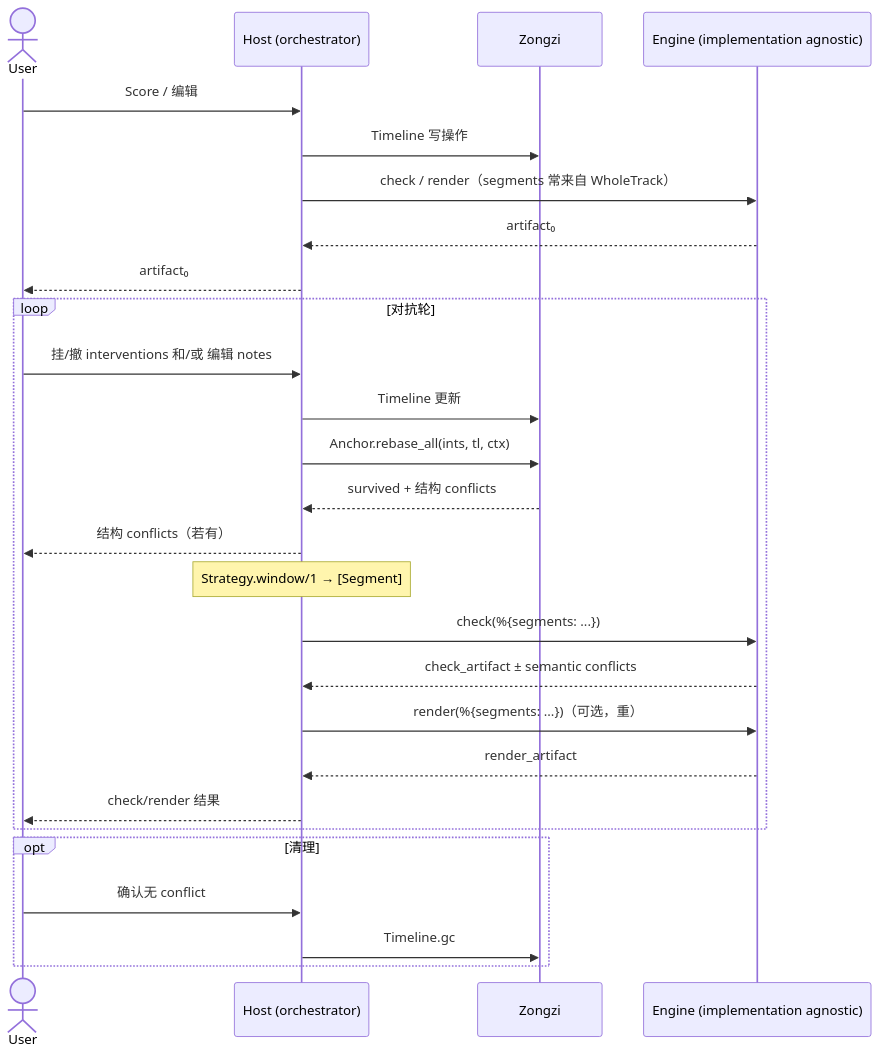
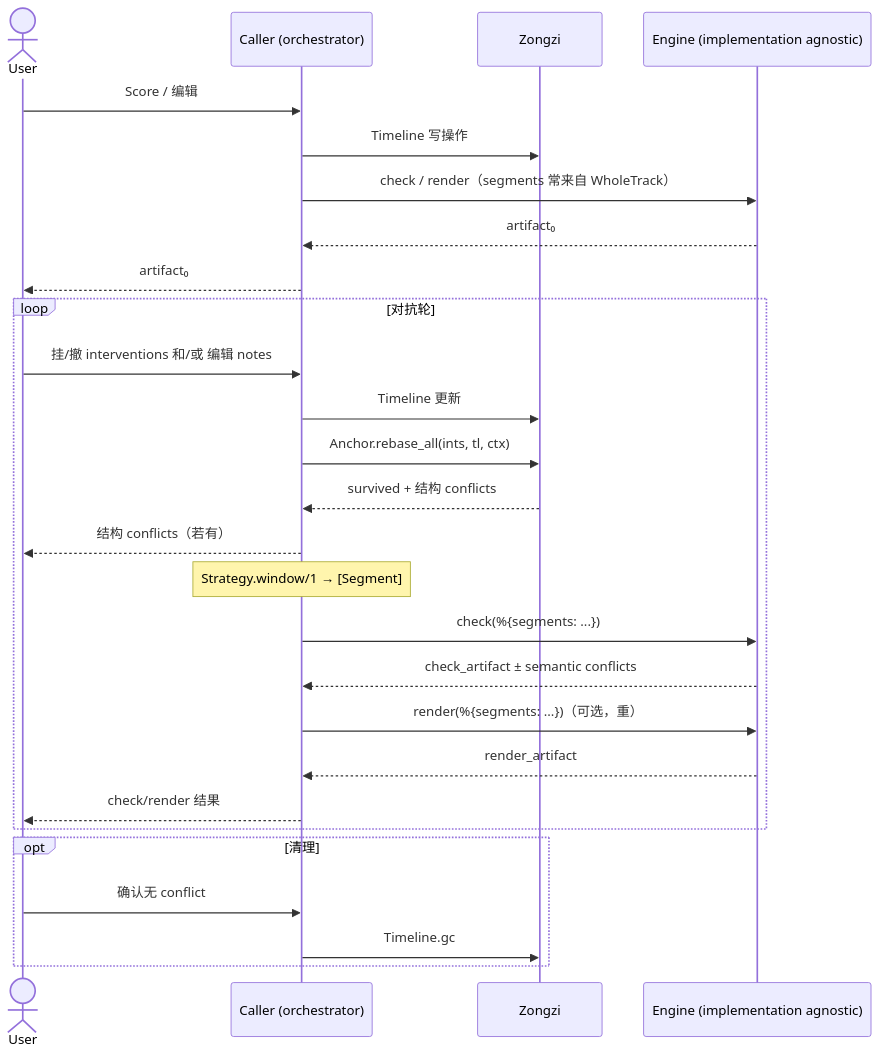
Before and after one commit to SynapticStrings/Zongzi: the diagram in README.md, drawn with Mermaid. The commit also changed other lines of this file and 18 other files, not shown here.

Commit message:
refactor: replace 'Host' with 'Caller' in documentation and code comments

````diff
--- a/README.md
+++ b/README.md
@@ -29,33 +27,33 @@
 ```mermaid
 sequenceDiagram
     actor User
-    participant Host as Host (orchestrator)
+    participant Caller as Caller (orchestrator)
     participant Zongzi
     participant Engine as Engine (implementation agnostic)
 
-    User->>Host: Score / 编辑
-    Host->>Zongzi: Timeline 写操作
-    Host->>Engine: check / render（segments 常来自 WholeTrack）
-    Engine-->>Host: artifact₀
-    Host-->>User: artifact₀
+    User->>Caller: Score / 编辑
+    Caller->>Zongzi: Timeline 写操作
+    Caller->>Engine: check / render（segments 常来自 WholeTrack）
+    Engine-->>Caller: artifact₀
+    Caller-->>User: artifact₀
 
     loop 对抗轮
-        User->>Host: 挂/撤 interventions 和/或 编辑 notes
-        Host->>Zongzi: Timeline 更新
-        Host->>Zongzi: Anchor.rebase_all(ints, tl, ctx)
-        Zongzi-->>Host: survived + 结构 conflicts
-        Host-->>User: 结构 conflicts（若有）
+        User->>Caller: 挂/撤 interventions 和/或 编辑 notes
+        Caller->>Zongzi: Timeline 更新
+        Caller->>Zongzi: Anchor.rebase_all(ints, tl, ctx)
+        Zongzi-->>Caller: survived + 结构 conflicts
+        Caller-->>User: 结构 conflicts（若有）
 
-        Note over Host: Strategy.window/1 → [Segment]
-        Host->>Engine: check(%{segments: ...})
-        Engine-->>Host: check_artifact ± semantic conflicts
-        Host->>Engine: render(%{segments: ...})（可选，重）
-        Engine-->>Host: render_artifact
-        Host-->>User: check/render 结果
+        Note over Caller: Strategy.window/1 → [Segment]
+        Caller->>Engine: check(%{segments: ...})
+        Engine-->>Caller: check_artifact ± semantic conflicts
+        Caller->>Engine: render(%{segments: ...})（可选，重）
+        Engine-->>Caller: render_artifact
+        Caller-->>User: check/render 结果
     end
 
     opt 清理
-        User->>Host: 确认无 conflict
-        Host->>Zongzi: Timeline.gc
+        User->>Caller: 确认无 conflict
+        Caller->>Zongzi: Timeline.gc
     end
 ```
````
